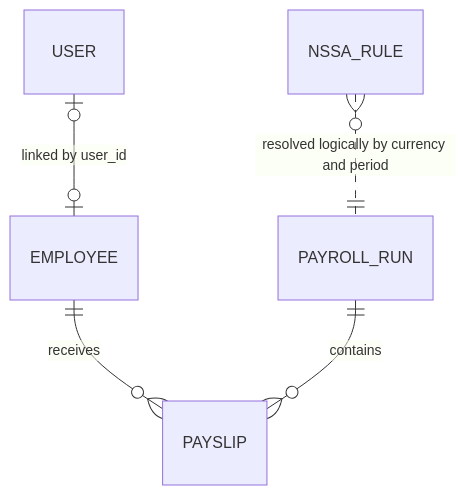
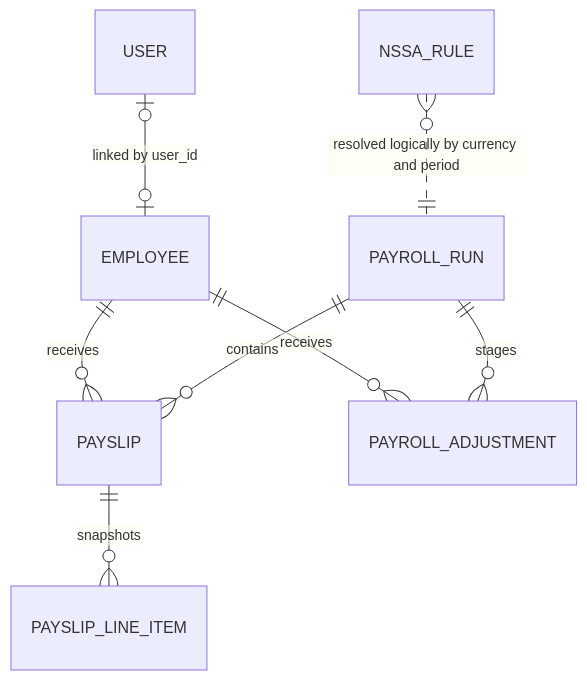
One commit to tinoMukaro/payroll_lite changed the diagram in README.md. Above: the diagram before and after it, drawn with Mermaid. The commit also changed other lines of this file and 17 other files, not shown here.

````diff
--- a/README.md
+++ b/README.md
@@ -109,7 +110,10 @@
 ```mermaid
 erDiagram
     USER o|--o| EMPLOYEE : "linked by user_id"
     EMPLOYEE ||--o{ PAYSLIP : receives
     PAYROLL_RUN ||--o{ PAYSLIP : contains
+    EMPLOYEE ||--o{ PAYROLL_ADJUSTMENT : receives
+    PAYROLL_RUN ||--o{ PAYROLL_ADJUSTMENT : stages
+    PAYSLIP ||--o{ PAYSLIP_LINE_ITEM : snapshots
     NSSA_RULE }o..|| PAYROLL_RUN : "resolved logically by currency and period"
 ```
````
